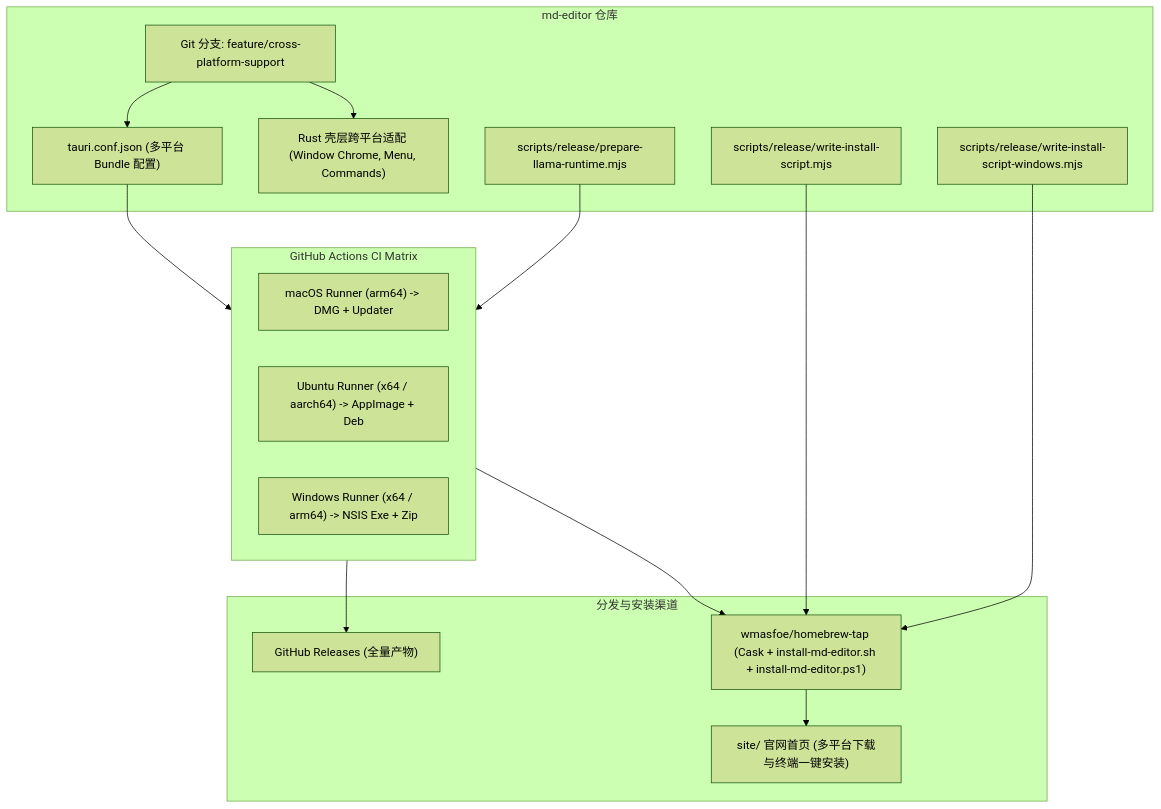
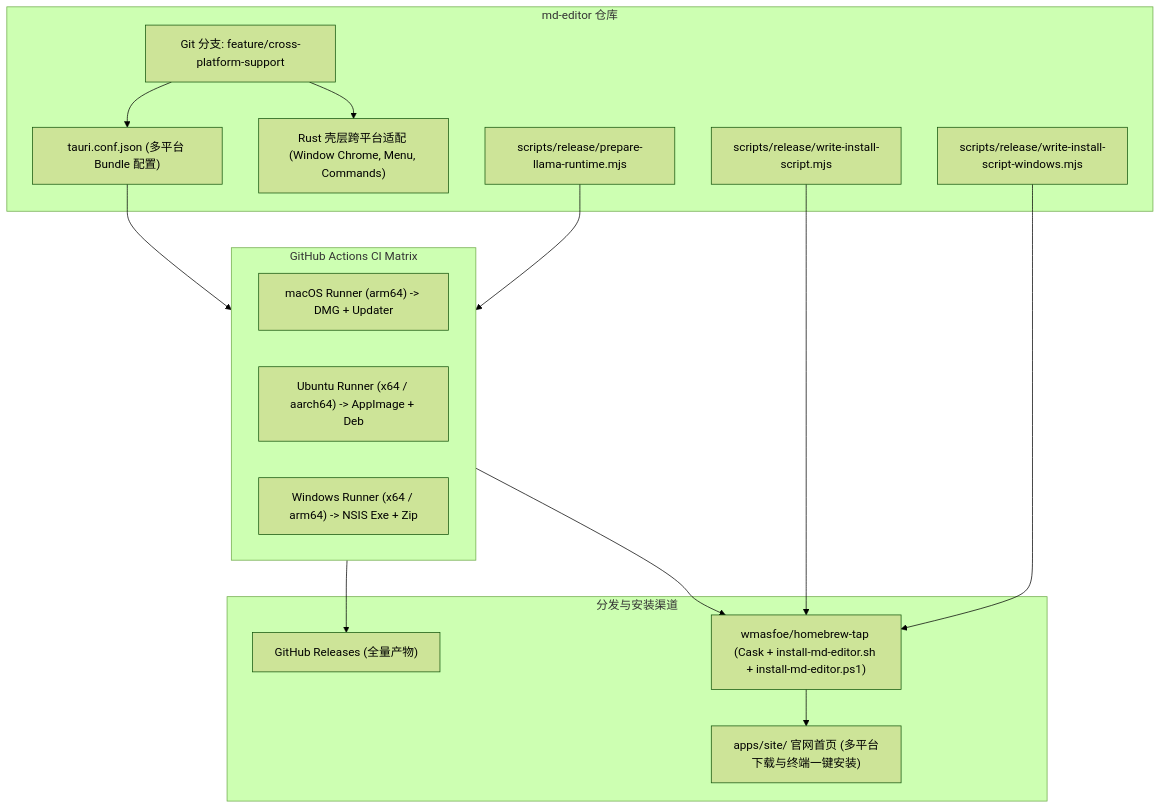
One commit to wmasfoe/md-editor changed the diagram in docs/agent/architecture/cross_platform_support_plan.md. Above: the diagram before and after it, drawn with Mermaid (forest theme). The commit also changed 8 other files, not shown here.

First line of the commit message:
docs: 完成 site/ → apps/site 路径清扫（审计 S5h） (#157)

````diff
--- a/docs/agent/architecture/cross_platform_support_plan.md
+++ b/docs/agent/architecture/cross_platform_support_plan.md
@@ -32,33 +32,33 @@
 ```mermaid
 flowchart TD
     subgraph Repo["md-editor 仓库"]
         Branch["Git 分支: feature/cross-platform-support"]
         TauriConf["tauri.conf.json (多平台 Bundle 配置)"]
         RustSrc["Rust 壳层跨平台适配 (Window Chrome, Menu, Commands)"]
         SidecarScript["scripts/release/prepare-llama-runtime.mjs"]
         InstallSh["scripts/release/write-install-script.mjs"]
         InstallPs["scripts/release/write-install-script-windows.mjs"]
     end
 
     subgraph CI["GitHub Actions CI Matrix"]
         MacOSJob["macOS Runner (arm64) -> DMG + Updater"]
         LinuxJob["Ubuntu Runner (x64 / aarch64) -> AppImage + Deb"]
         WinJob["Windows Runner (x64 / arm64) -> NSIS Exe + Zip"]
     end
 
     subgraph Dist["分发与安装渠道"]
         GHRelease["GitHub Releases (全量产物)"]
         TapRepo["wmasfoe/homebrew-tap (Cask + install-md-editor.sh + install-md-editor.ps1)"]
-        Site["site/ 官网首页 (多平台下载与终端一键安装)"]
+        Site["apps/site/ 官网首页 (多平台下载与终端一键安装)"]
     end
 
     Branch --> TauriConf
     Branch --> RustSrc
     TauriConf --> CI
     SidecarScript --> CI
     CI --> GHRelease
     CI --> TapRepo
     InstallSh --> TapRepo
     InstallPs --> TapRepo
     TapRepo --> Site
 ```
````
